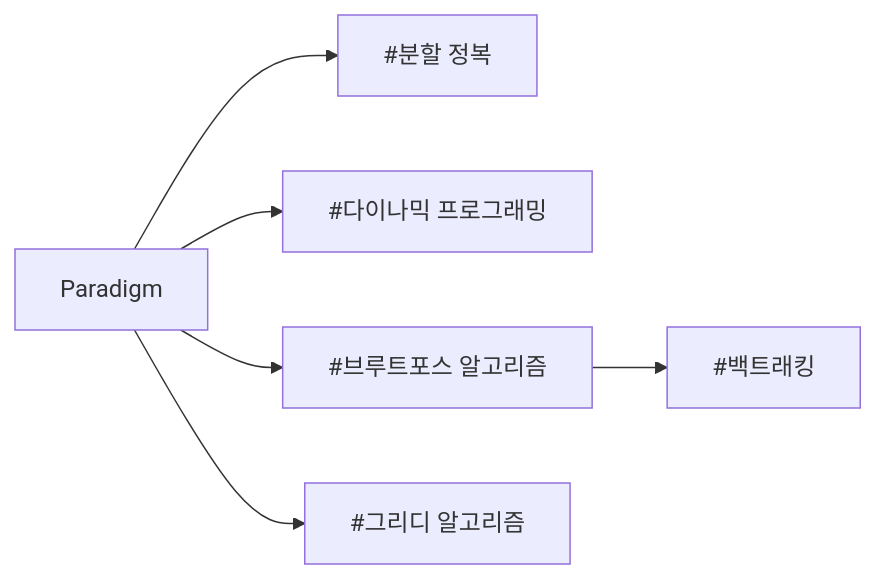
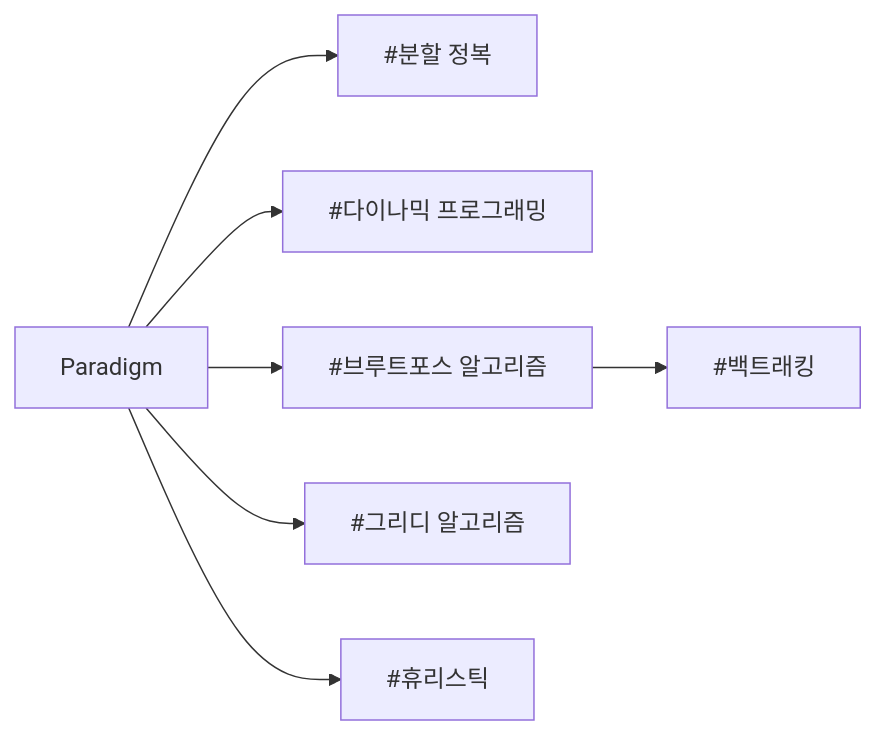
Before and after one commit to CHOYUNSIG/algorithm_with_boj: the first of 9 diagrams in index.md, drawn with Mermaid. The commit also changed other lines of this file and 2 other files, not shown here.

```diff
--- a/index.md
+++ b/index.md
@@ -13,15 +13,17 @@
 <pre class="mermaid">
     graph LR
     
     Paradigm --> #divide_and_conquer
     Paradigm --> #dp
     Paradigm --> #bruteforcing
     Paradigm --> #greedy
+    Paradigm --> #heuristics
     #bruteforcing --> #backtracking
 
+    #greedy[#그리디 알고리즘]
+    #dp[#다이나믹 프로그래밍]
     #backtracking[#백트래킹]
+    #divide_and_conquer[#분할 정복]
     #bruteforcing[#브루트포스 알고리즘]
-    #divide_and_conquer[#분할 정복]
-    #dp[#다이나믹 프로그래밍]
-    #greedy[#그리디 알고리즘]
+    #heuristics[#휴리스틱]
 </pre>
```
